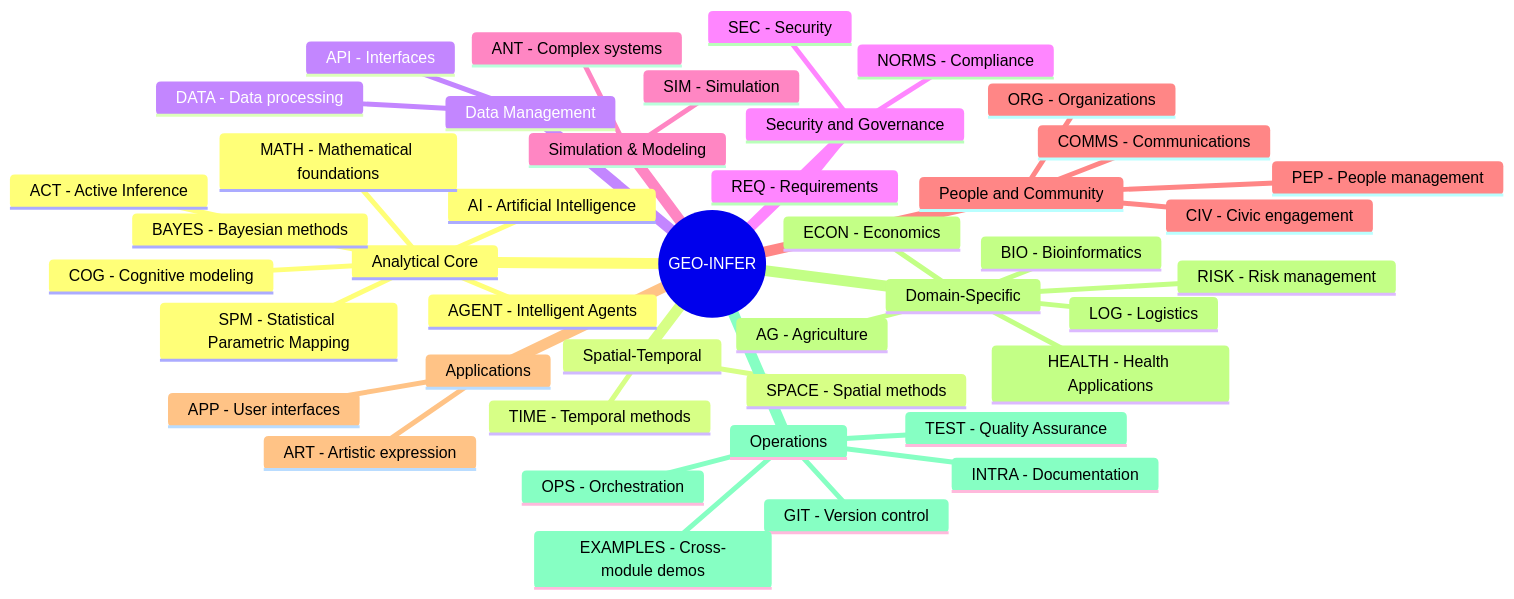
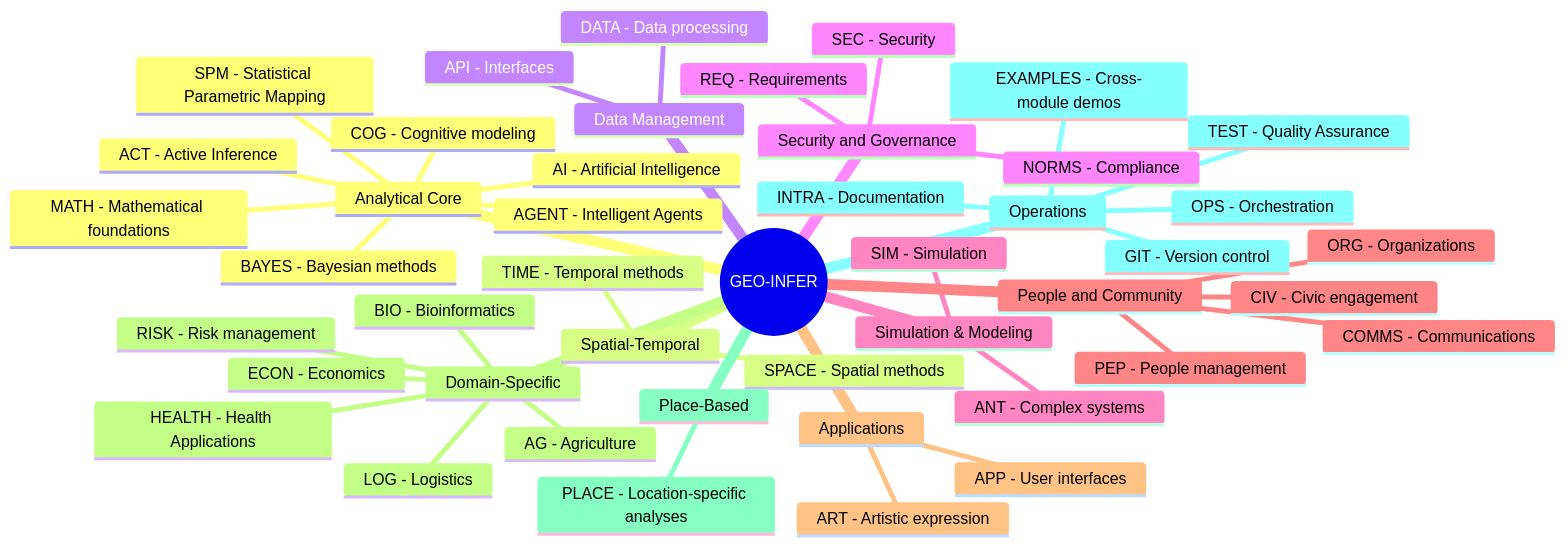
Before and after one commit to ActiveInferenceInstitute/GEO-INFER: the first of 5 diagrams in README.md, drawn with Mermaid. The commit also changed other lines of this file and 18 other files, not shown here.

````diff
--- a/README.md
+++ b/README.md
@@ -24,46 +24,48 @@
 ```mermaid
 mindmap
   root((GEO-INFER))
     Analytical Core
       ACT - Active Inference
       BAYES - Bayesian methods
       AI - Artificial Intelligence
       MATH - Mathematical foundations
       COG - Cognitive modeling
       AGENT - Intelligent Agents
       SPM - Statistical Parametric Mapping
     Spatial-Temporal
       SPACE - Spatial methods
       TIME - Temporal methods
     Data Management
       DATA - Data processing
       API - Interfaces
     Security and Governance
       SEC - Security
       NORMS - Compliance
       REQ - Requirements
     Simulation & Modeling
       SIM - Simulation
       ANT - Complex systems
     People and Community
       CIV - Civic engagement
       PEP - People management
       ORG - Organizations
       COMMS - Communications
     Applications
       APP - User interfaces
       ART - Artistic expression
     Domain-Specific
       AG - Agriculture
       ECON - Economics
       RISK - Risk management
       LOG - Logistics
       BIO - Bioinformatics
       HEALTH - Health Applications
+    Place-Based
+      PLACE - Location-specific analyses
     Operations
       OPS - Orchestration
       INTRA - Documentation
       GIT - Version control
       TEST - Quality Assurance
       EXAMPLES - Cross-module demos
 ```
````
